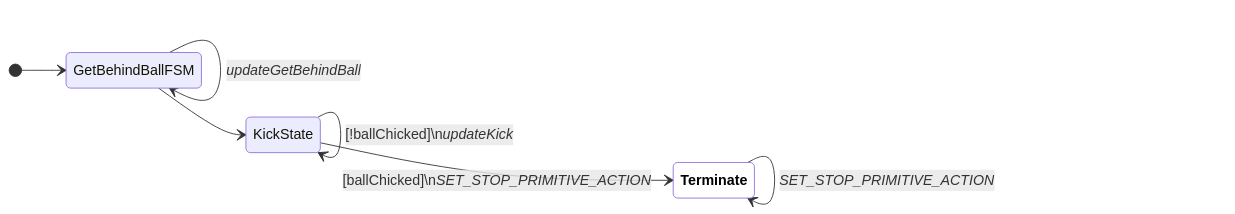
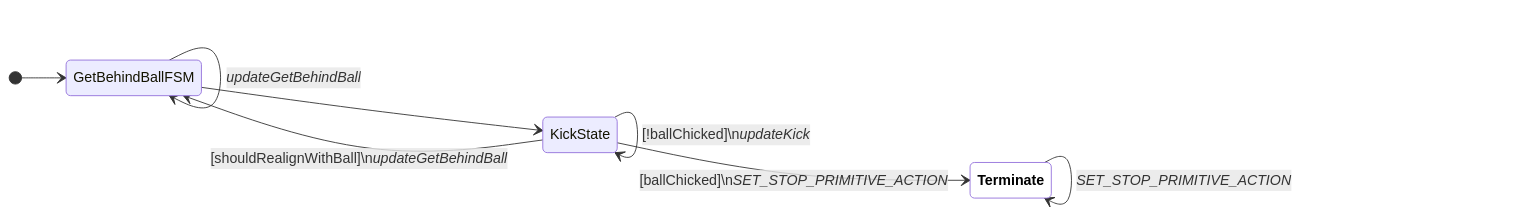
One commit to UBC-Thunderbots/Software changed diagram 18 of 25 in docs/fsm-diagrams.md. Above: the diagram before and after it, drawn with Mermaid. The commit also changed other lines of this file and 30 other files, not shown here.

````diff
--- a/docs/fsm-diagrams.md
+++ b/docs/fsm-diagrams.md
@@ -297,13 +322,14 @@
 ```mermaid
 
 stateDiagram-v2
 classDef terminate fill:white,color:black,font-weight:bold
 direction LR
 [*] --> GetBehindBallFSM
 GetBehindBallFSM --> GetBehindBallFSM : <i>updateGetBehindBall</i>
 GetBehindBallFSM --> KickState
+KickState --> GetBehindBallFSM : [shouldRealignWithBall]\n<i>updateGetBehindBall</i>
 KickState --> KickState : [!ballChicked]\n<i>updateKick</i>
 KickState --> Terminate:::terminate : [ballChicked]\n<i>SET_STOP_PRIMITIVE_ACTION</i>
 Terminate:::terminate --> Terminate:::terminate : <i>SET_STOP_PRIMITIVE_ACTION</i>
 
 ```
````
